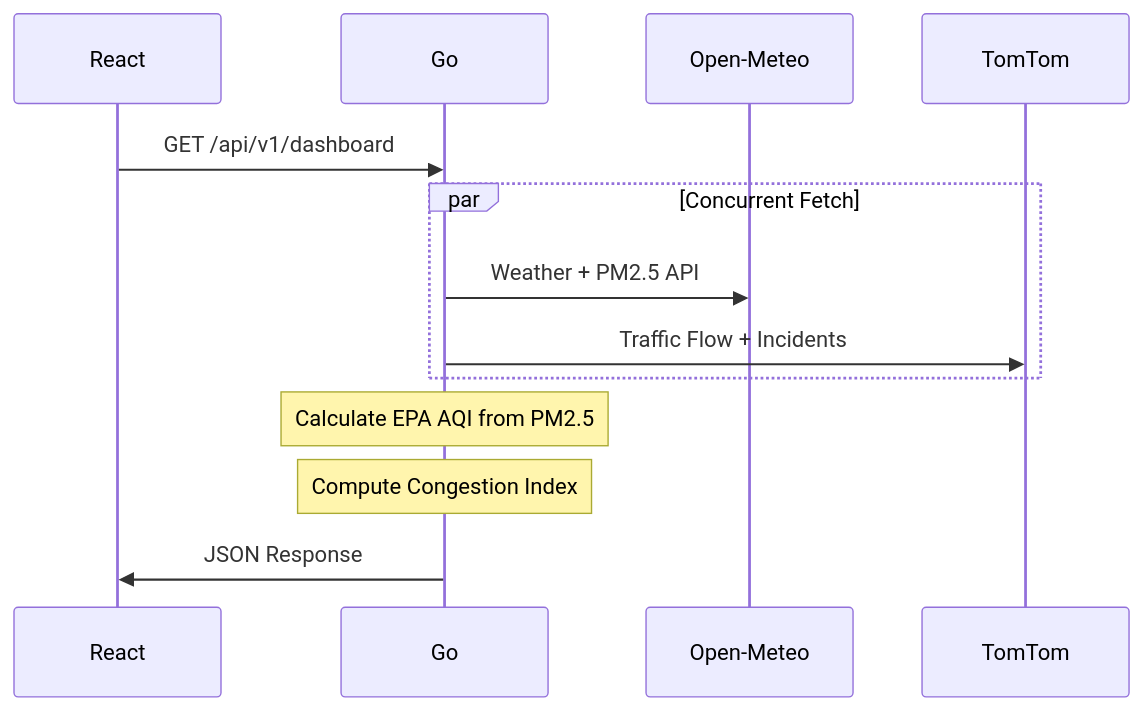
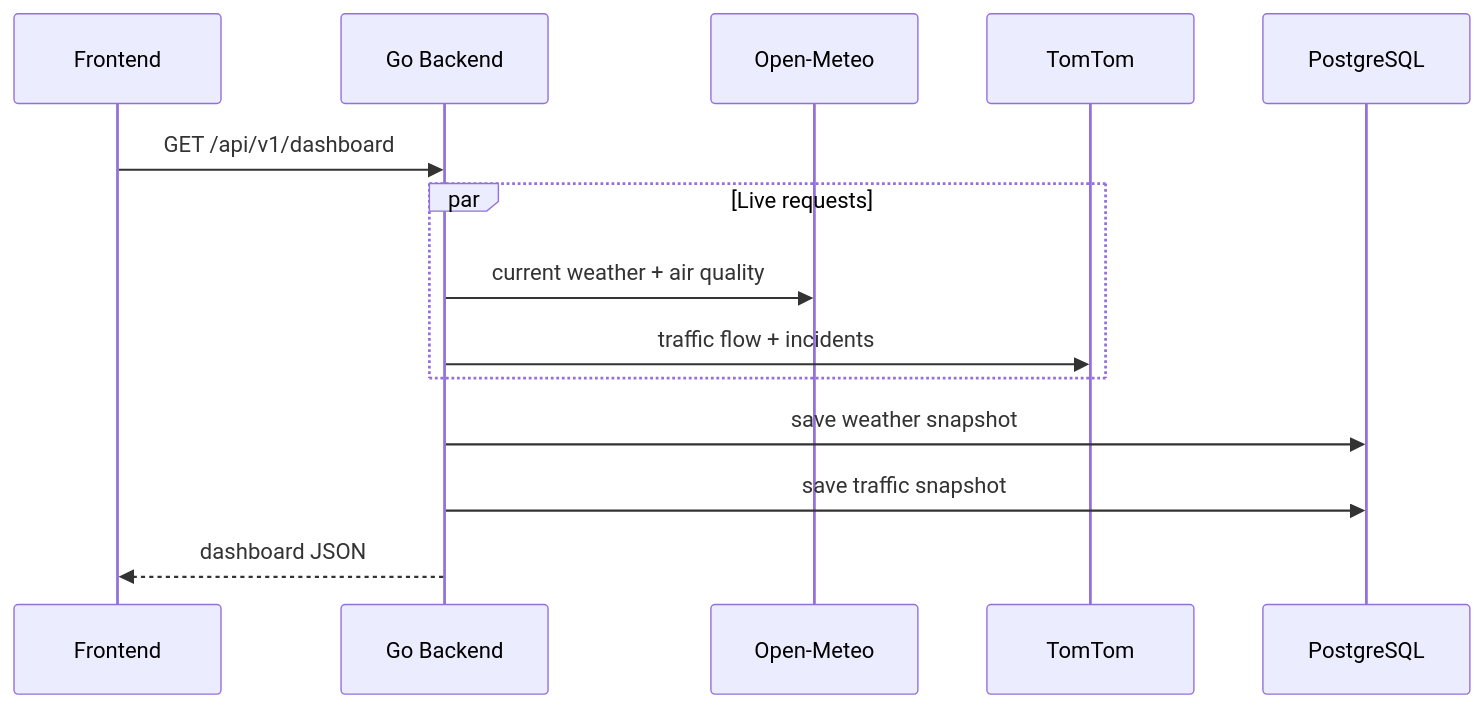
One commit to Beksanoff/smart-city-ai changed the second of 4 diagrams in PROJECT_ARCHITECTURAL_DOCUMENTATION.md. Above: the diagram before and after it, drawn with Mermaid. The commit also changed other lines of this file and 1 other file, not shown here.

````diff
--- a/PROJECT_ARCHITECTURAL_DOCUMENTATION.md
+++ b/PROJECT_ARCHITECTURAL_DOCUMENTATION.md
@@ -182,16 +148,17 @@
 ```mermaid
 sequenceDiagram
-    participant React
-    participant Go
-    participant OpenMeteo as Open-Meteo
-    participant TomTom
+    participant FE as Frontend
+    participant GO as Go Backend
+    participant OM as Open-Meteo
+    participant TT as TomTom
+    participant DB as PostgreSQL
 
-    React->>Go: GET /api/v1/dashboard
-    par Concurrent Fetch
-        Go->>OpenMeteo: Weather + PM2.5 API
-        Go->>TomTom: Traffic Flow + Incidents
+    FE->>GO: GET /api/v1/dashboard
+    par Live requests
+        GO->>OM: current weather + air quality
+        GO->>TT: traffic flow + incidents
     end
-    Note over Go: Calculate EPA AQI from PM2.5
-    Note over Go: Compute Congestion Index
-    Go->>React: JSON Response
+    GO->>DB: save weather snapshot
+    GO->>DB: save traffic snapshot
+    GO-->>FE: dashboard JSON
 ```
````
